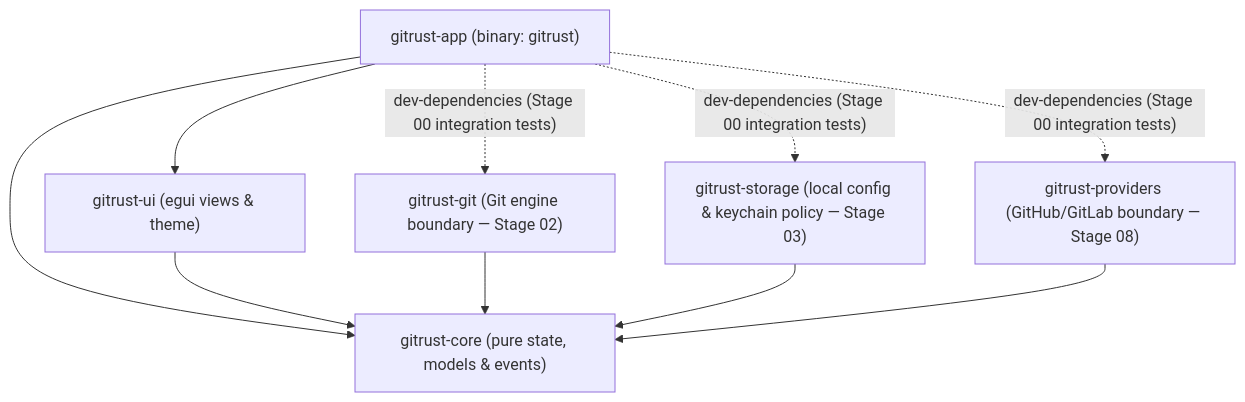
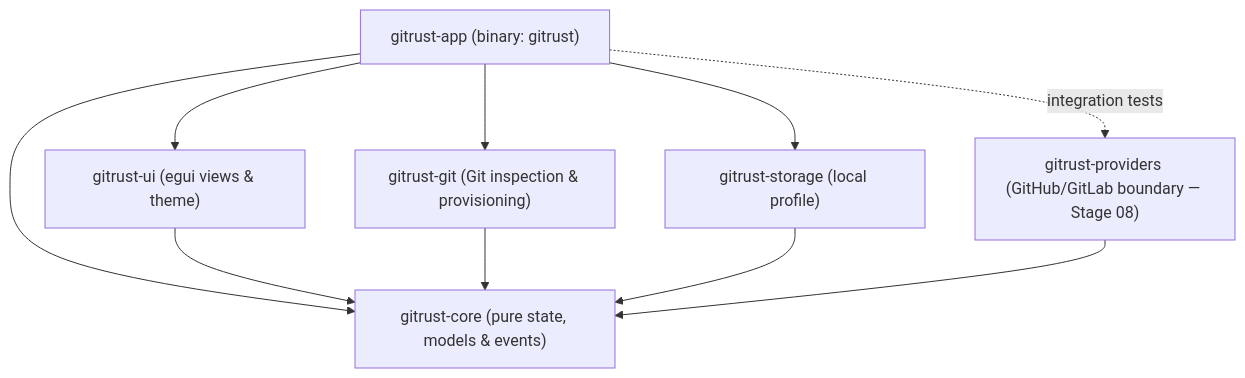
Before and after one commit to enthonyaraujo/gitRUST: the diagram in docs/ARCHITECTURE.md, drawn with Mermaid. The commit also changed other lines of this file and 10 other files, not shown here.

````diff
--- a/docs/ARCHITECTURE.md
+++ b/docs/ARCHITECTURE.md
@@ -20,19 +20,19 @@
 ```mermaid
 flowchart TD
     app["gitrust-app (binary: gitrust)"]
     ui["gitrust-ui (egui views & theme)"]
-    git["gitrust-git (Git engine boundary — Stage 02)"]
-    storage["gitrust-storage (local config & keychain policy — Stage 03)"]
+    git["gitrust-git (Git inspection & provisioning)"]
+    storage["gitrust-storage (local profile)"]
     providers["gitrust-providers (GitHub/GitLab boundary — Stage 08)"]
     core["gitrust-core (pure state, models & events)"]
 
     app --> ui
     app --> core
-    app -.->|"dev-dependencies (Stage 00 integration tests)"| git
-    app -.->|"dev-dependencies (Stage 00 integration tests)"| storage
-    app -.->|"dev-dependencies (Stage 00 integration tests)"| providers
+    app --> git
+    app --> storage
+    app -.->|"integration tests"| providers
     ui --> core
     git --> core
     storage --> core
     providers --> core
 ```
````
